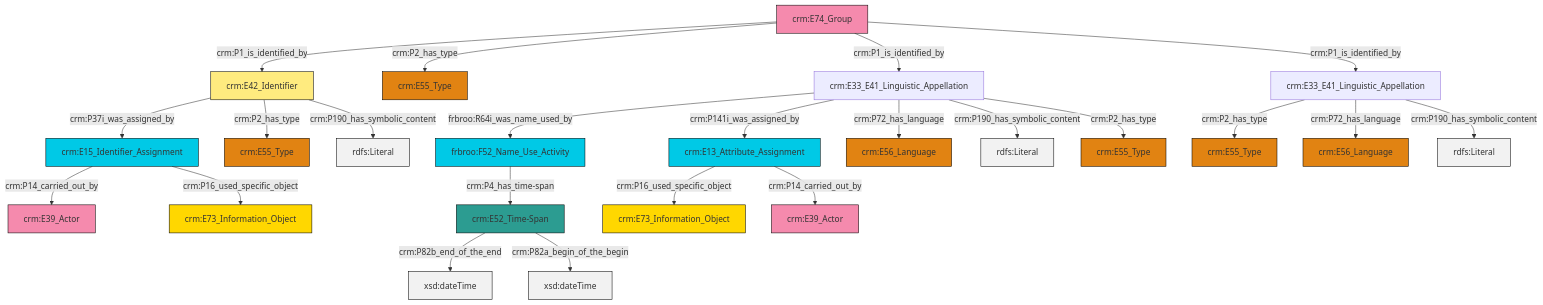
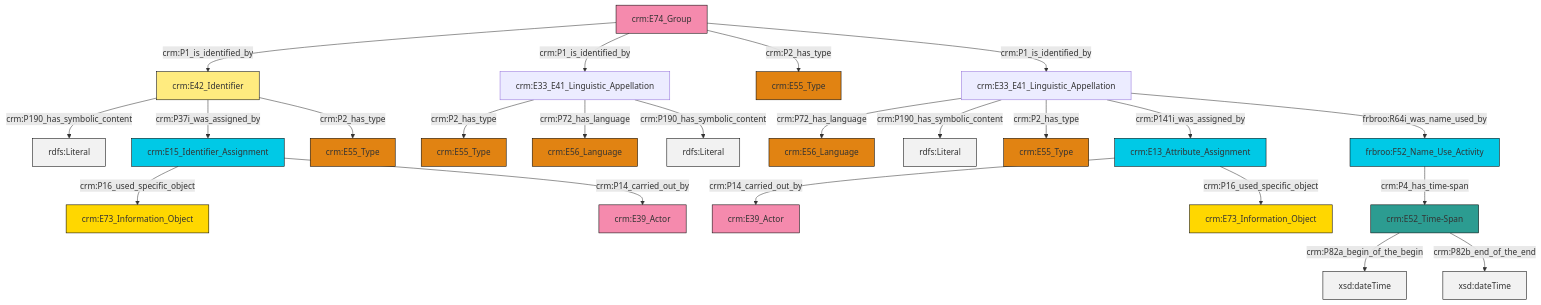
Before and after one commit to swiss-art-research-net/docs.swissartresearch: the diagram in et/groupCSV/ttl/mmd/group_name.ttl.mmd, drawn with Mermaid. The commit also changed 178 other files, not shown here.

```diff
--- a/et/groupCSV/ttl/mmd/group_name.ttl.mmd
+++ b/et/groupCSV/ttl/mmd/group_name.ttl.mmd
@@ -1,37 +1,37 @@
 graph TD
 classDef Literal fill:#f2f2f2,stroke:#000000;
 classDef CRM_Entity fill:#FFFFFF,stroke:#000000;
 classDef Temporal_Entity fill:#00C9E6, stroke:#000000;
 classDef Type fill:#E18312, stroke:#000000;
 classDef Time-Span fill:#2C9C91, stroke:#000000;
 classDef Appellation fill:#FFEB7F, stroke:#000000;
 classDef Place fill:#008836, stroke:#000000;
 classDef Persistent_Item fill:#B266B2, stroke:#000000;
 classDef Conceptual_Object fill:#FFD700, stroke:#000000;
 classDef Physical_Thing fill:#D2B48C, stroke:#000000;
 classDef Actor fill:#f58aad, stroke:#000000;
 classDef PC_Classes fill:#4ce600, stroke:#000000;
 classDef Multi fill:#cccccc,stroke:#000000;
 
-0["crm:E74_Group"]:::Actor -->|crm:P1_is_identified_by| 1["crm:E42_Identifier"]:::Appellation
-4["crm:E33_E41_Linguistic_Appellation"]:::Default -->|frbroo:R64i_was_name_used_by| 5["frbroo:F52_Name_Use_Activity"]:::Temporal_Entity
-4["crm:E33_E41_Linguistic_Appellation"]:::Default -->|crm:P141i_was_assigned_by| 6["crm:E13_Attribute_Assignment"]:::Temporal_Entity
-1["crm:E42_Identifier"]:::Appellation -->|crm:P37i_was_assigned_by| 9["crm:E15_Identifier_Assignment"]:::Temporal_Entity
-4["crm:E33_E41_Linguistic_Appellation"]:::Default -->|crm:P72_has_language| 7["crm:E56_Language"]:::Type
-13["crm:E33_E41_Linguistic_Appellation"]:::Default -->|crm:P2_has_type| 10["crm:E55_Type"]:::Type
-1["crm:E42_Identifier"]:::Appellation -->|crm:P2_has_type| 19["crm:E55_Type"]:::Type
-0["crm:E74_Group"]:::Actor -->|crm:P2_has_type| 14["crm:E55_Type"]:::Type
-20["crm:E52_Time-Span"]:::Time-Span -->|crm:P82b_end_of_the_end| 21[xsd:dateTime]:::Literal
-6["crm:E13_Attribute_Assignment"]:::Temporal_Entity -->|crm:P16_used_specific_object| 24["crm:E73_Information_Object"]:::Conceptual_Object
-0["crm:E74_Group"]:::Actor -->|crm:P1_is_identified_by| 4["crm:E33_E41_Linguistic_Appellation"]:::Default
-9["crm:E15_Identifier_Assignment"]:::Temporal_Entity -->|crm:P14_carried_out_by| 22["crm:E39_Actor"]:::Actor
-4["crm:E33_E41_Linguistic_Appellation"]:::Default -->|crm:P190_has_symbolic_content| 27[rdfs:Literal]:::Literal
-0["crm:E74_Group"]:::Actor -->|crm:P1_is_identified_by| 13["crm:E33_E41_Linguistic_Appellation"]:::Default
-5["frbroo:F52_Name_Use_Activity"]:::Temporal_Entity -->|crm:P4_has_time-span| 20["crm:E52_Time-Span"]:::Time-Span
-9["crm:E15_Identifier_Assignment"]:::Temporal_Entity -->|crm:P16_used_specific_object| 31["crm:E73_Information_Object"]:::Conceptual_Object
-13["crm:E33_E41_Linguistic_Appellation"]:::Default -->|crm:P72_has_language| 2["crm:E56_Language"]:::Type
-20["crm:E52_Time-Span"]:::Time-Span -->|crm:P82a_begin_of_the_begin| 37[xsd:dateTime]:::Literal
-1["crm:E42_Identifier"]:::Appellation -->|crm:P190_has_symbolic_content| 38[rdfs:Literal]:::Literal
-13["crm:E33_E41_Linguistic_Appellation"]:::Default -->|crm:P190_has_symbolic_content| 39[rdfs:Literal]:::Literal
-6["crm:E13_Attribute_Assignment"]:::Temporal_Entity -->|crm:P14_carried_out_by| 25["crm:E39_Actor"]:::Actor
-4["crm:E33_E41_Linguistic_Appellation"]:::Default -->|crm:P2_has_type| 17["crm:E55_Type"]:::Type
+4["crm:E33_E41_Linguistic_Appellation"]:::Default -->|crm:P2_has_type| 5["crm:E55_Type"]:::Type
+0["crm:E33_E41_Linguistic_Appellation"]:::Default -->|crm:P72_has_language| 2["crm:E56_Language"]:::Type
+8["crm:E15_Identifier_Assignment"]:::Temporal_Entity -->|crm:P16_used_specific_object| 10["crm:E73_Information_Object"]:::Conceptual_Object
+11["crm:E74_Group"]:::Actor -->|crm:P1_is_identified_by| 12["crm:E42_Identifier"]:::Appellation
+0["crm:E33_E41_Linguistic_Appellation"]:::Default -->|crm:P190_has_symbolic_content| 16[rdfs:Literal]:::Literal
+17["crm:E52_Time-Span"]:::Time-Span -->|crm:P82a_begin_of_the_begin| 18[xsd:dateTime]:::Literal
+4["crm:E33_E41_Linguistic_Appellation"]:::Default -->|crm:P72_has_language| 14["crm:E56_Language"]:::Type
+17["crm:E52_Time-Span"]:::Time-Span -->|crm:P82b_end_of_the_end| 22[xsd:dateTime]:::Literal
+4["crm:E33_E41_Linguistic_Appellation"]:::Default -->|crm:P190_has_symbolic_content| 23[rdfs:Literal]:::Literal
+24["crm:E13_Attribute_Assignment"]:::Temporal_Entity -->|crm:P14_carried_out_by| 25["crm:E39_Actor"]:::Actor
+12["crm:E42_Identifier"]:::Appellation -->|crm:P190_has_symbolic_content| 26[rdfs:Literal]:::Literal
+0["crm:E33_E41_Linguistic_Appellation"]:::Default -->|crm:P2_has_type| 6["crm:E55_Type"]:::Type
+12["crm:E42_Identifier"]:::Appellation -->|crm:P37i_was_assigned_by| 8["crm:E15_Identifier_Assignment"]:::Temporal_Entity
+0["crm:E33_E41_Linguistic_Appellation"]:::Default -->|crm:P141i_was_assigned_by| 24["crm:E13_Attribute_Assignment"]:::Temporal_Entity
+11["crm:E74_Group"]:::Actor -->|crm:P1_is_identified_by| 4["crm:E33_E41_Linguistic_Appellation"]:::Default
+8["crm:E15_Identifier_Assignment"]:::Temporal_Entity -->|crm:P14_carried_out_by| 20["crm:E39_Actor"]:::Actor
+12["crm:E42_Identifier"]:::Appellation -->|crm:P2_has_type| 33["crm:E55_Type"]:::Type
+24["crm:E13_Attribute_Assignment"]:::Temporal_Entity -->|crm:P16_used_specific_object| 36["crm:E73_Information_Object"]:::Conceptual_Object
+0["crm:E33_E41_Linguistic_Appellation"]:::Default -->|frbroo:R64i_was_name_used_by| 30["frbroo:F52_Name_Use_Activity"]:::Temporal_Entity
+11["crm:E74_Group"]:::Actor -->|crm:P2_has_type| 34["crm:E55_Type"]:::Type
+30["frbroo:F52_Name_Use_Activity"]:::Temporal_Entity -->|crm:P4_has_time-span| 17["crm:E52_Time-Span"]:::Time-Span
+11["crm:E74_Group"]:::Actor -->|crm:P1_is_identified_by| 0["crm:E33_E41_Linguistic_Appellation"]:::Default
```
